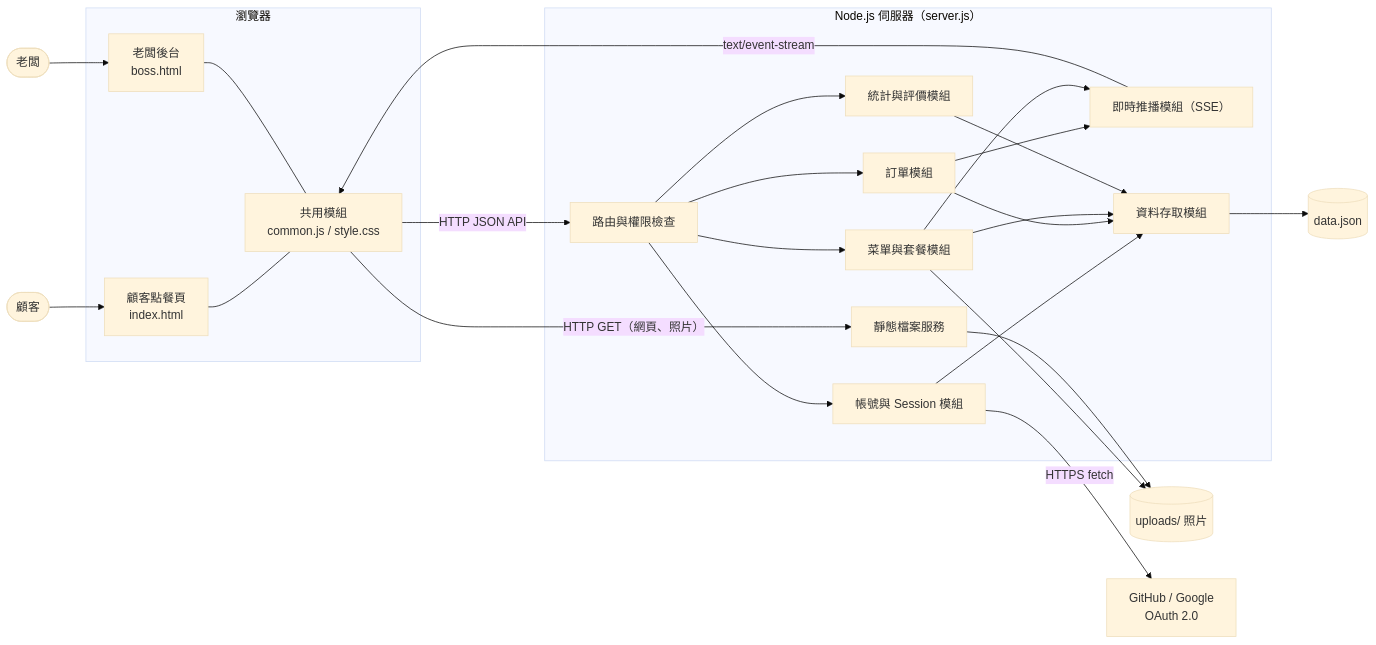
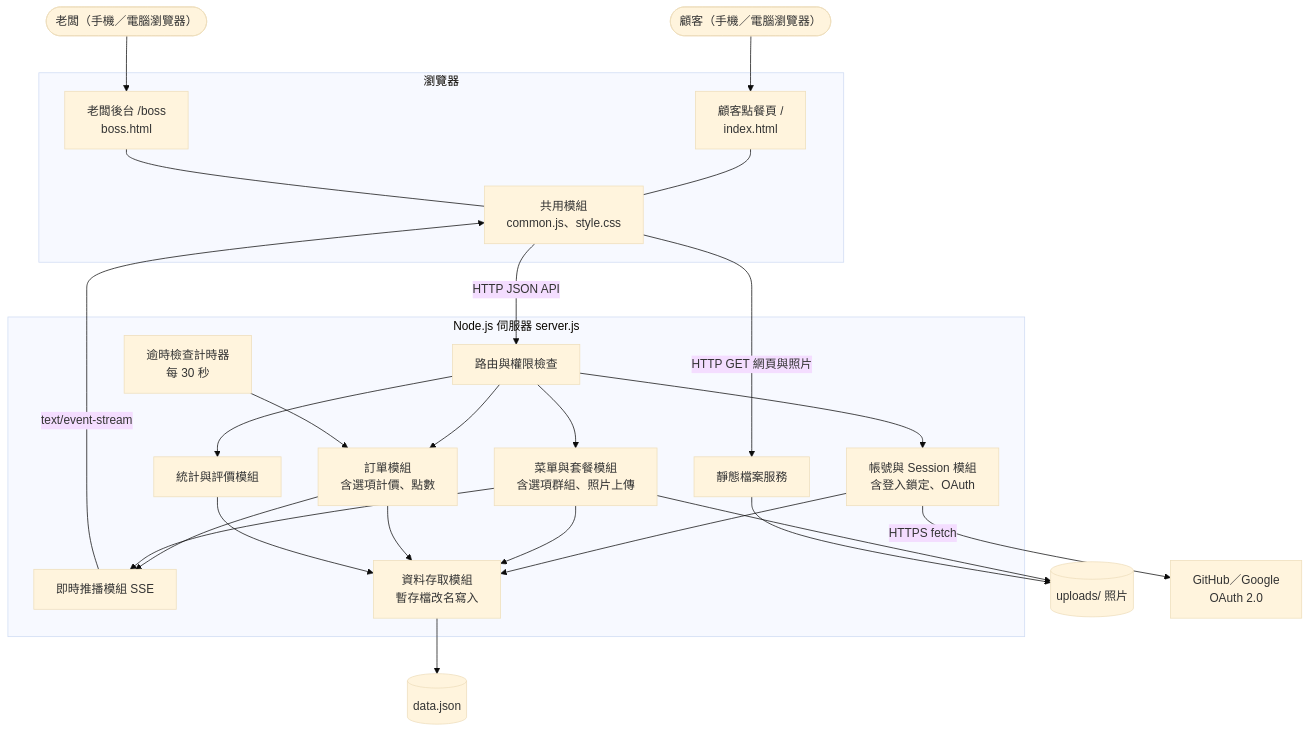
The first of 7 diagrams in docs/SDD.md (AlvinHii/breakfast-ordering-system), drawn with Mermaid (base theme) before and after one commit. The commit also changed other lines of this file, not shown here.

````diff
--- a/docs/SDD.md
+++ b/docs/SDD.md
@@ -43,48 +43,50 @@
 ```mermaid
-flowchart LR
-  customer(["顧客"])
-  boss(["老闆"])
+flowchart TB
+  customer(["顧客（手機／電腦瀏覽器）"])
+  boss(["老闆（手機／電腦瀏覽器）"])
 
   subgraph browser["瀏覽器"]
-    idx["顧客點餐頁<br/>index.html"]
-    bp["老闆後台<br/>boss.html"]
-    common["共用模組<br/>common.js / style.css"]
+    idx["顧客點餐頁 /<br/>index.html"]
+    bp["老闆後台 /boss<br/>boss.html"]
+    common["共用模組<br/>common.js、style.css"]
   end
 
-  subgraph server["Node.js 伺服器（server.js）"]
+  subgraph server["Node.js 伺服器 server.js"]
+    router["路由與權限檢查"]
+    auth["帳號與 Session 模組<br/>含登入鎖定、OAuth"]
+    menu["菜單與套餐模組<br/>含選項群組、照片上傳"]
+    order["訂單模組<br/>含選項計價、點數"]
+    timer["逾時檢查計時器<br/>每 30 秒"]
+    stats["統計與評價模組"]
+    sse["即時推播模組 SSE"]
+    store["資料存取模組<br/>暫存檔改名寫入"]
     static["靜態檔案服務"]
-    router["路由與權限檢查"]
-    auth["帳號與 Session 模組"]
-    order["訂單模組"]
-    menu["菜單與套餐模組"]
-    stats["統計與評價模組"]
-    sse["即時推播模組（SSE）"]
-    store["資料存取模組"]
   end
 
   json[("data.json")]
   up[("uploads/ 照片")]
-  oauth["GitHub / Google<br/>OAuth 2.0"]
+  oauth["GitHub／Google<br/>OAuth 2.0"]
 
   customer --> idx
   boss --> bp
   idx --- common
   bp --- common
-  common -- "HTTP GET（網頁、照片）" --> static
+  common -- "HTTP GET 網頁與照片" --> static
   common -- "HTTP JSON API" --> router
   sse -- "text/event-stream" --> common
   router --> auth
+  router --> menu
   router --> order
-  router --> menu
   router --> stats
+  timer --> order
   order --> sse
   menu --> sse
   auth --> store
+  menu --> store
   order --> store
-  menu --> store
   stats --> store
   store --> json
   menu --> up
   static --> up
   auth -- "HTTPS fetch" --> oauth
 ```
````
